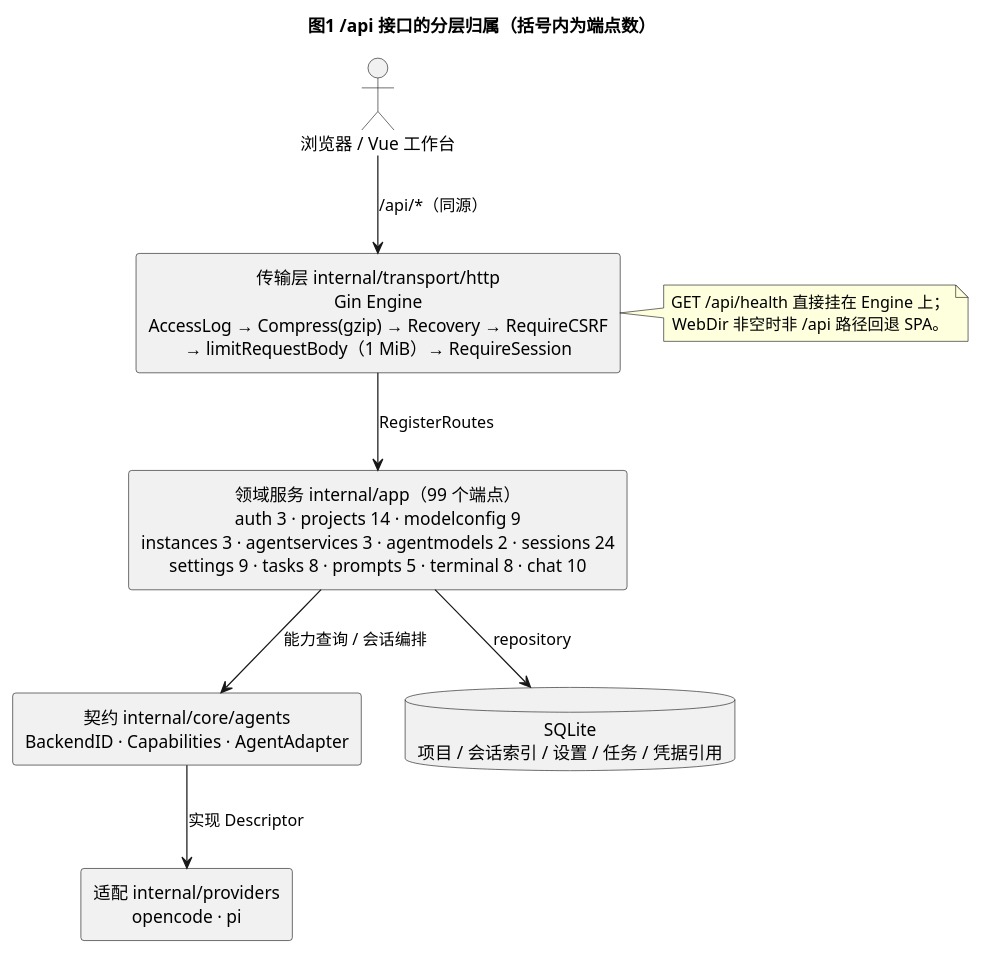
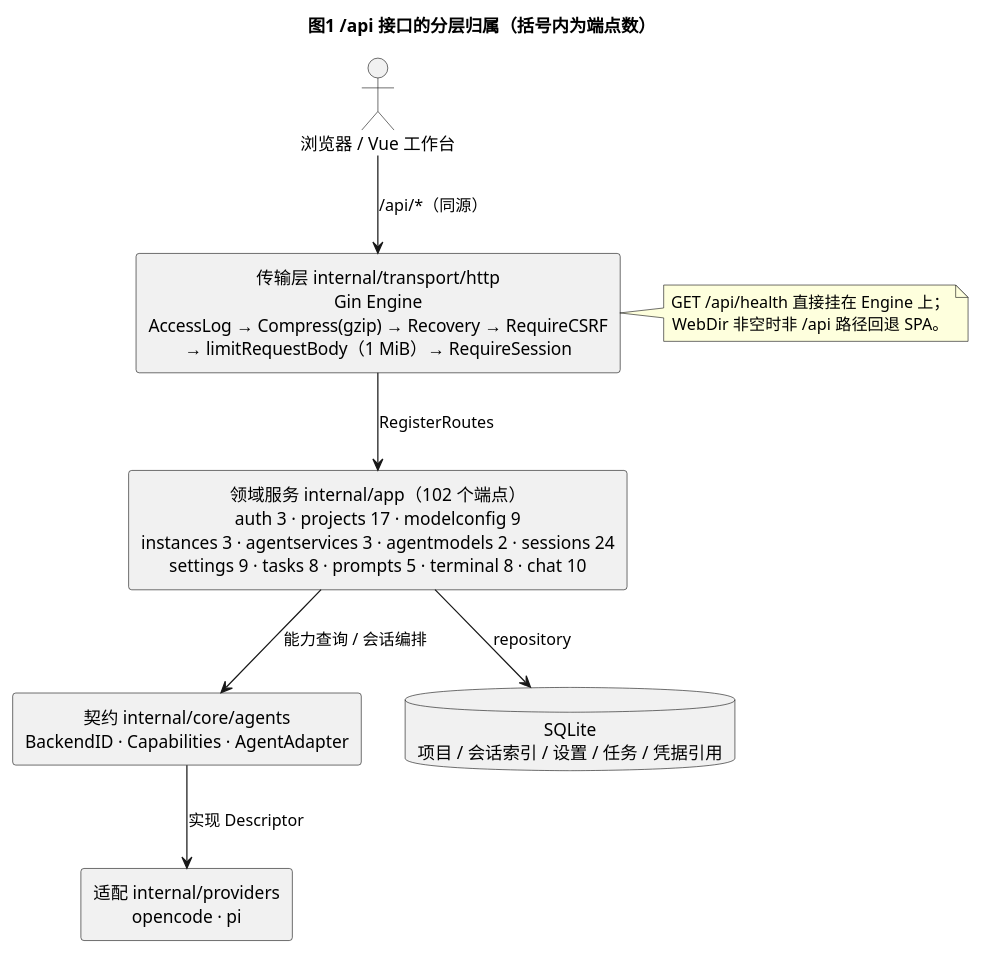
The first of 5 diagrams in docs/api/backend-api-inventory.md (nickdevelop/dev_platform), drawn with PlantUML before and after one commit. The commit also changed other lines of this file and 64 other files, not shown here.

````diff
--- a/docs/api/backend-api-inventory.md
+++ b/docs/api/backend-api-inventory.md
@@ -33,30 +33,30 @@
 ```plantuml
 @startuml
 title 图1 /api 接口的分层归属（括号内为端点数）
 
 skinparam componentStyle rectangle
 skinparam defaultTextAlignment center
 top to bottom direction
 
 actor "浏览器 / Vue 工作台" as Web
 
 rectangle "传输层 internal/transport/http\nGin Engine\nAccessLog → Compress(gzip) → Recovery → RequireCSRF\n→ limitRequestBody（1 MiB）→ RequireSession" as T
 
-rectangle "领域服务 internal/app（99 个端点）\nauth 3 · projects 14 · modelconfig 9\ninstances 3 · agentservices 3 · agentmodels 2 · sessions 24\nsettings 9 · tasks 8 · prompts 5 · terminal 8 · chat 10" as D
+rectangle "领域服务 internal/app（102 个端点）\nauth 3 · projects 17 · modelconfig 9\ninstances 3 · agentservices 3 · agentmodels 2 · sessions 24\nsettings 9 · tasks 8 · prompts 5 · terminal 8 · chat 10" as D
 
 rectangle "契约 internal/core/agents\nBackendID · Capabilities · AgentAdapter" as C
 rectangle "适配 internal/providers\nopencode · pi" as P
 database "SQLite\n项目 / 会话索引 / 设置 / 任务 / 凭据引用" as DB
 
 Web --> T : /api/*（同源）
 T --> D : RegisterRoutes
 D --> C : 能力查询 / 会话编排
 C --> P : 实现 Descriptor
 D --> DB : repository
 
 note right of T
   GET /api/health 直接挂在 Engine 上；
   WebDir 非空时非 /api 路径回退 SPA。
 end note
 @enduml
 ```
````
